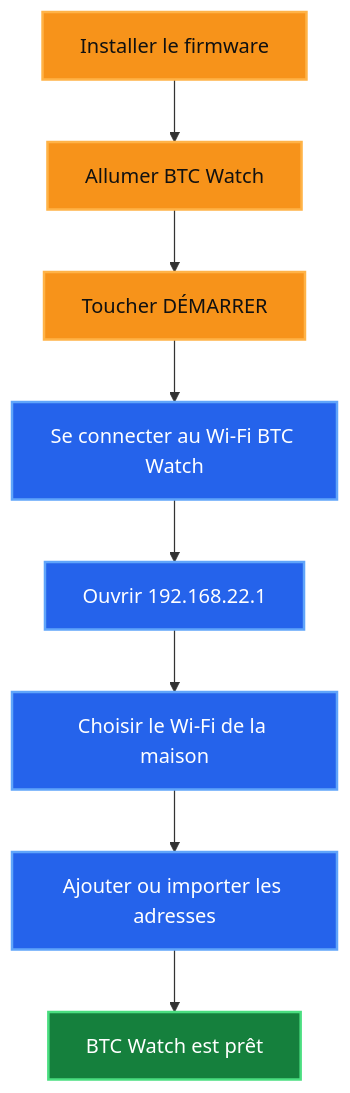
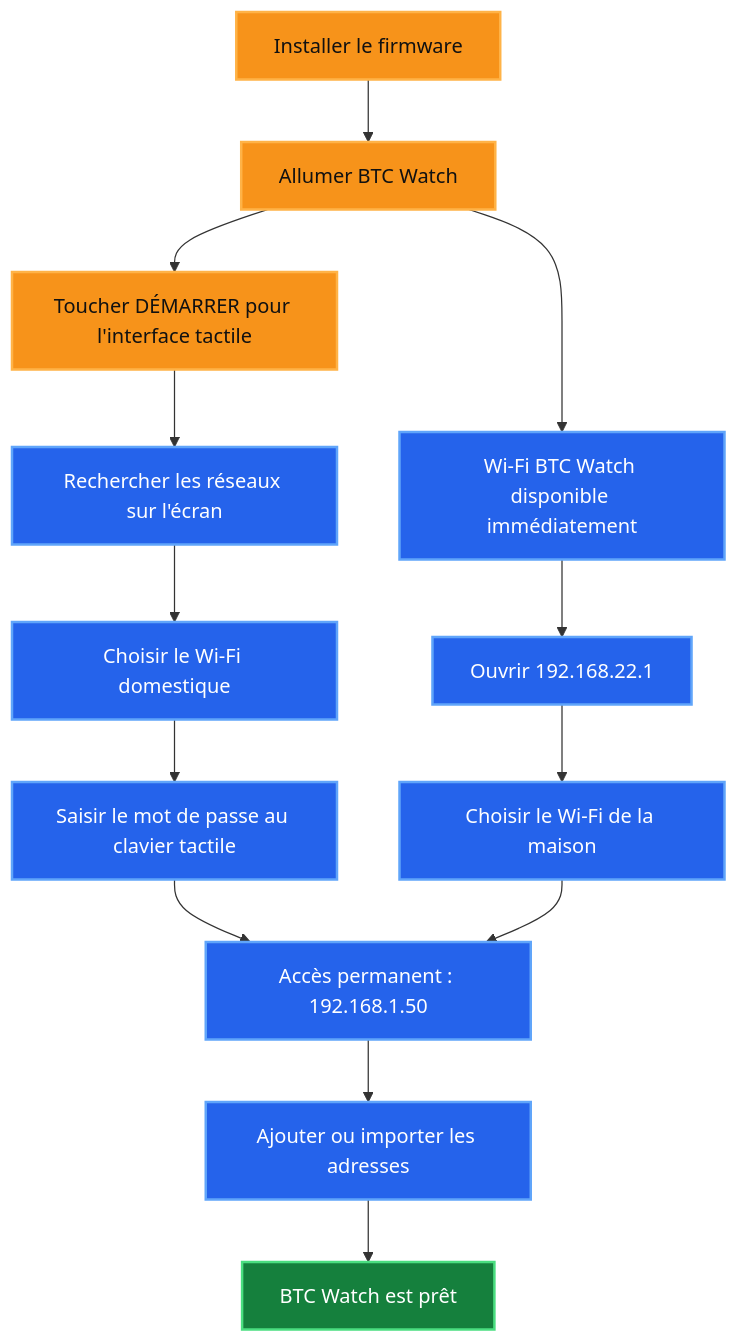
Before and after one commit to nitrus21/BTC-Watch: the third of 6 diagrams in README.md, drawn with Mermaid. The commit also changed other lines of this file and 23 other files, not shown here.

Commit message:
Release BTC Watch 0.9.9

````diff
--- a/README.md
+++ b/README.md
@@ -118,16 +120,21 @@
 ```mermaid
 flowchart TD
     Install["Installer le firmware"] --> Power["Allumer BTC Watch"]
-    Power --> Start["Toucher DÉMARRER"]
-    Start --> Connect["Se connecter au Wi-Fi BTC Watch"]
+    Power --> Connect["Wi-Fi BTC Watch disponible immédiatement"]
+    Power --> Start["Toucher DÉMARRER pour l'interface tactile"]
+    Start --> Scan["Rechercher les réseaux sur l'écran"]
+    Scan --> Select["Choisir le Wi-Fi domestique"]
+    Select --> Keyboard["Saisir le mot de passe au clavier tactile"]
+    Keyboard --> LocalAccess["Accès permanent : 192.168.1.50"]
     Connect --> Open["Ouvrir 192.168.22.1"]
     Open --> HomeWifi["Choisir le Wi-Fi de la maison"]
-    HomeWifi --> Addresses["Ajouter ou importer les adresses"]
+    HomeWifi --> LocalAccess
+    LocalAccess --> Addresses["Ajouter ou importer les adresses"]
     Addresses --> Ready["BTC Watch est prêt"]
     classDef start fill:#F7931A,color:#111111,stroke:#FFB347,stroke-width:2px
     classDef setup fill:#2563EB,color:#FFFFFF,stroke:#60A5FA,stroke-width:2px
     classDef ready fill:#15803D,color:#FFFFFF,stroke:#4ADE80,stroke-width:2px
     class Install,Power,Start start
-    class Connect,Open,HomeWifi,Addresses setup
+    class Connect,Open,HomeWifi,Scan,Select,Keyboard,LocalAccess,Addresses setup
     class Ready ready
 ```
````
